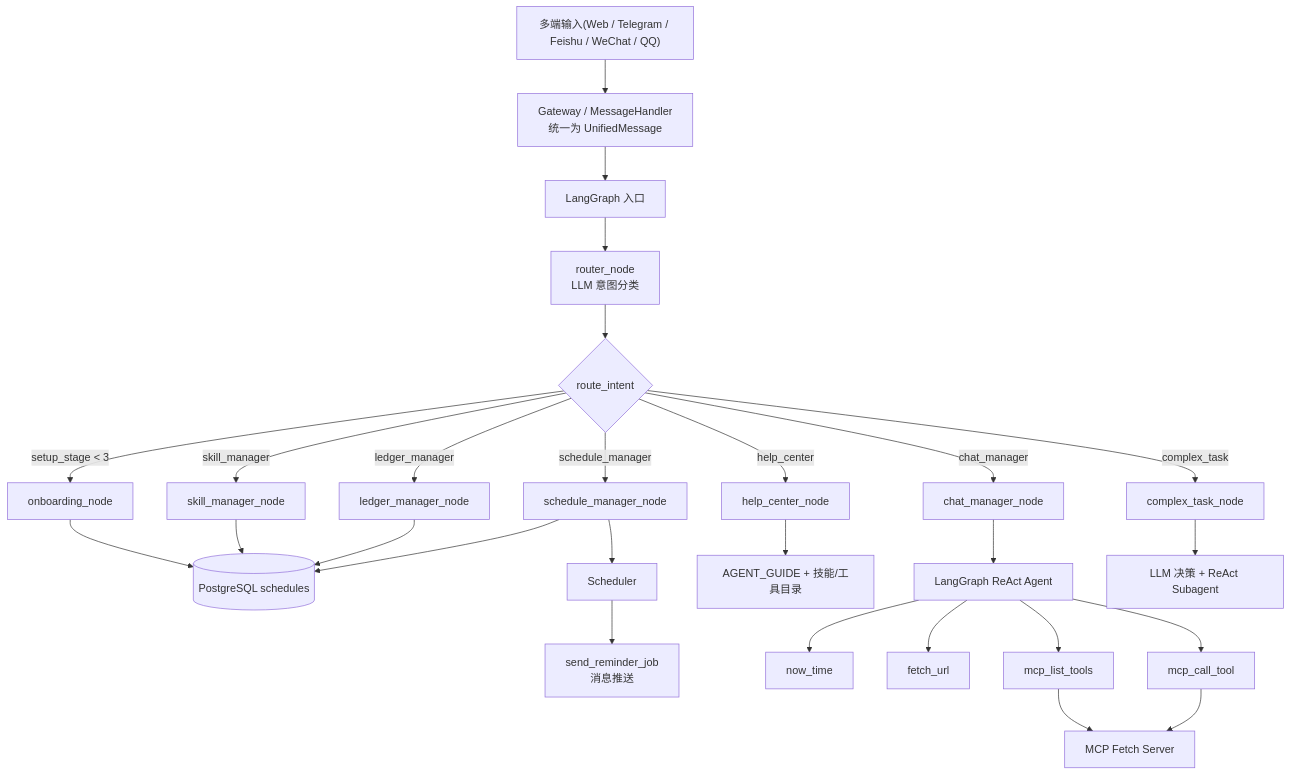
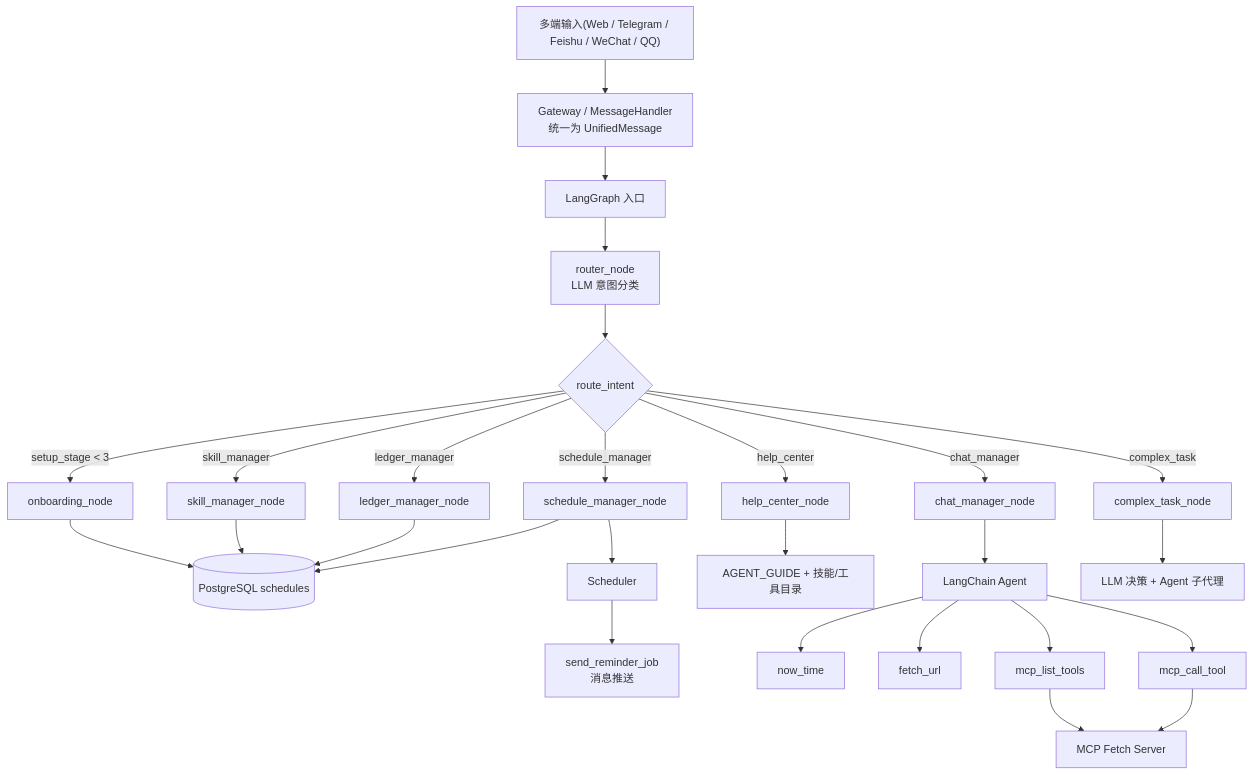
Before and after one commit to Lsogod/personal-ai-pai: the diagram in README.md, drawn with Mermaid. The commit also changed other lines of this file, not shown here.

Commit message:
docs(readme): align architecture wording with 1.x runtime

````diff
--- a/README.md
+++ b/README.md
@@ -70,32 +74,32 @@
 ```mermaid
 flowchart TB
     A["多端输入(Web / Telegram / Feishu / WeChat / QQ)"] --> B["Gateway / MessageHandler\n统一为 UnifiedMessage"]
     B --> C["LangGraph 入口"]
     C --> D["router_node\nLLM 意图分类"]
     D --> E{"route_intent"}
 
     E -->|setup_stage < 3| N1["onboarding_node"]
     E -->|skill_manager| N2["skill_manager_node"]
     E -->|ledger_manager| N3["ledger_manager_node"]
     E -->|schedule_manager| N4["schedule_manager_node"]
     E -->|help_center| N5["help_center_node"]
     E -->|chat_manager| N6["chat_manager_node"]
     E -->|complex_task| N7["complex_task_node"]
 
     N1 --> DB[(PostgreSQL users)]
     N2 --> DB
     N3 --> DB[(PostgreSQL ledgers / messages)]
     N4 --> DB[(PostgreSQL schedules)]
     N4 --> SCH["Scheduler"]
     SCH --> PUSH["send_reminder_job\n消息推送"]
     N5 --> DOC["AGENT_GUIDE + 技能/工具目录"]
-    N6 --> AG["LangGraph ReAct Agent"]
-    N7 --> ORCH["LLM 决策 + ReAct Subagent"]
+    N6 --> AG["LangChain Agent"]
+    N7 --> ORCH["LLM 决策 + Agent 子代理"]
 
     AG --> T1["now_time"]
     AG --> T2["fetch_url"]
     AG --> T3["mcp_list_tools"]
     AG --> T4["mcp_call_tool"]
     T3 --> MCP["MCP Fetch Server"]
     T4 --> MCP
 ```
````
